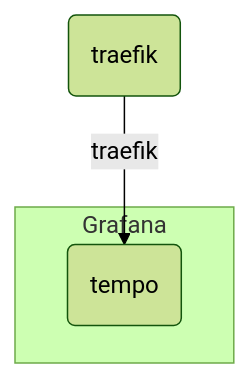
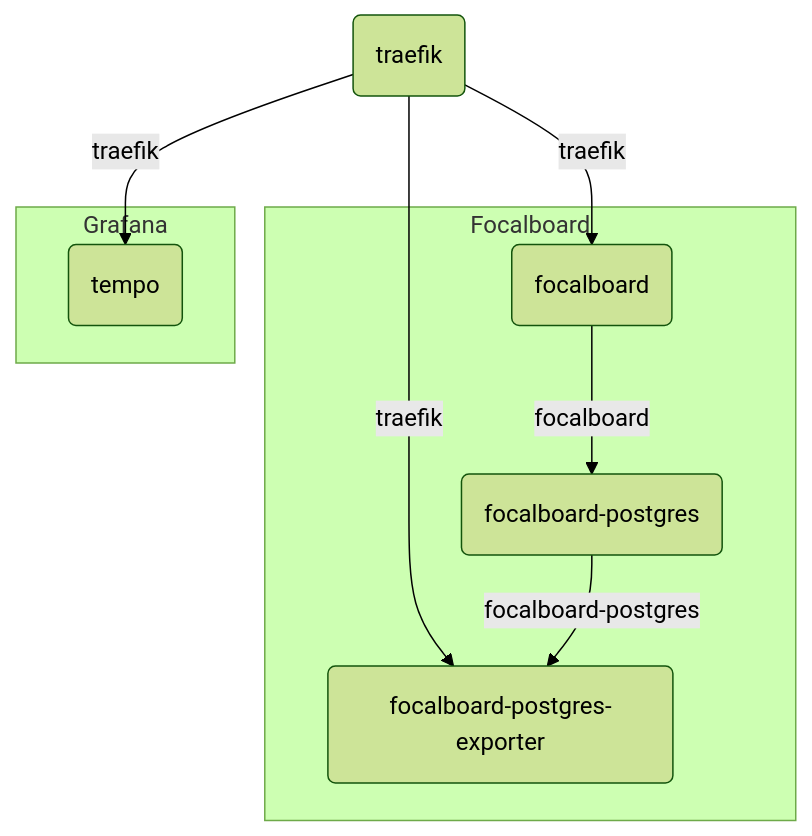
Before and after one commit to treeton-org/team: the diagram in README.md, drawn with Mermaid (forest theme). The commit also changed 3 other files, not shown here.

````diff
--- a/README.md
+++ b/README.md
@@ -20,9 +20,21 @@
 ```mermaid
 flowchart TD
     %% Traefik
     traefik(traefik)-->|traefik|tempo(tempo)
+    traefik(traefik)-->|traefik|focalboard(focalboard)
+    traefik(traefik)-->|traefik|focalboard-postgres-exporter(focalboard-postgres-exporter)
     
+    %% Focalboard
+    focalboard(focalboard)-->|focalboard|focalboard-postgres(focalboard-postgres)
+    focalboard-postgres(focalboard-postgres)-->|focalboard-postgres|focalboard-postgres-exporter(focalboard-postgres-exporter)
+
+subgraph Focalboard
+    focalboard(focalboard)
+    focalboard-postgres(focalboard-postgres)
+    focalboard-postgres-exporter(focalboard-postgres-exporter)
+end
+
 subgraph Grafana
     tempo(tempo)
 end
 ```
````
